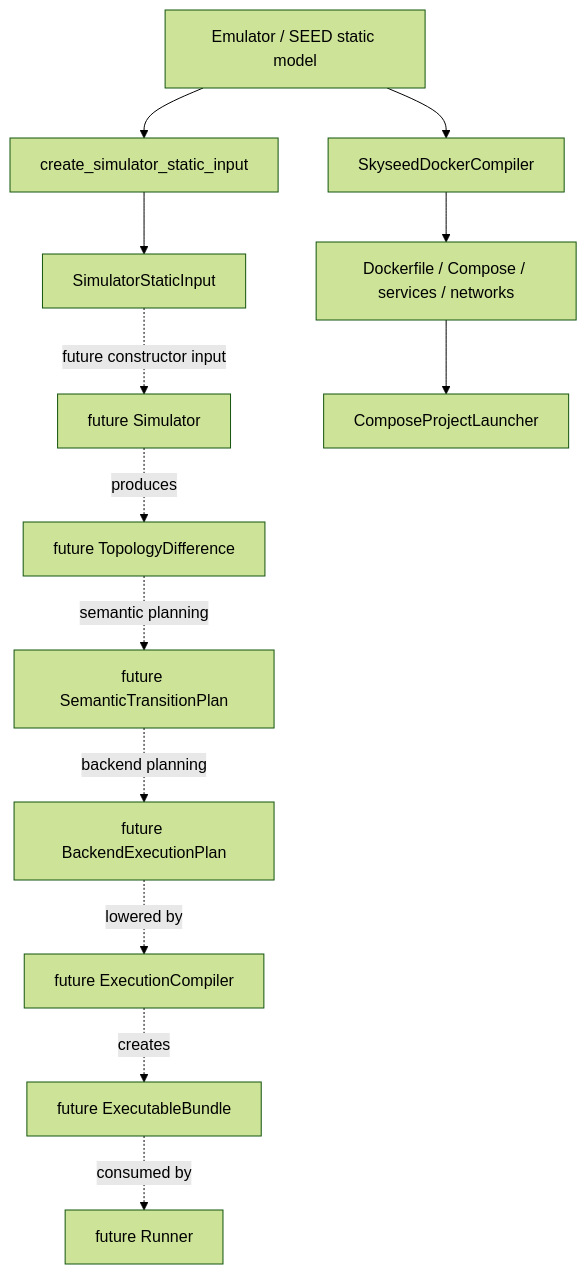
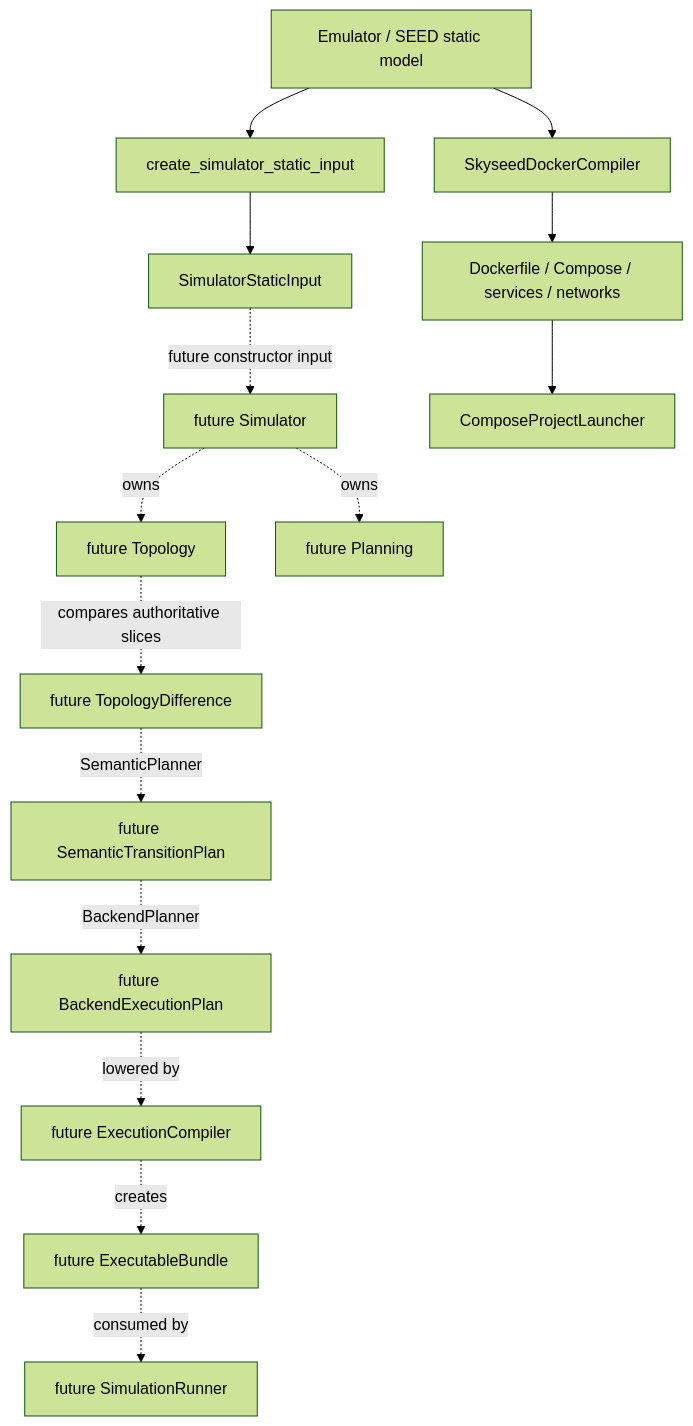
The seventh of 8 diagrams in skyseed_v2/docs/architecture/diagrams.md (seed-labs/skyseed), drawn with Mermaid (forest theme) before and after one commit. The commit also changed other lines of this file and 9 other files, not shown here.

````diff
--- a/skyseed_v2/docs/architecture/diagrams.md
+++ b/skyseed_v2/docs/architecture/diagrams.md
@@ -171,17 +176,19 @@
 ```mermaid
 flowchart TD
     E[Emulator / SEED static model]
     E --> ADAPT[create_simulator_static_input]
     ADAPT --> INPUT[SimulatorStaticInput]
     INPUT -. future constructor input .-> SIM[future Simulator]
-    SIM -. produces .-> DIFF[future TopologyDifference]
-    DIFF -. semantic planning .-> SEM[future SemanticTransitionPlan]
-    SEM -. backend planning .-> BACK[future BackendExecutionPlan]
+    SIM -. owns .-> TOP[future Topology]
+    SIM -. owns .-> PLAN[future Planning]
+    TOP -. compares authoritative slices .-> DIFF[future TopologyDifference]
+    DIFF -. SemanticPlanner .-> SEM[future SemanticTransitionPlan]
+    SEM -. BackendPlanner .-> BACK[future BackendExecutionPlan]
     BACK -. lowered by .-> EXEC[future ExecutionCompiler]
     EXEC -. creates .-> BUNDLE[future ExecutableBundle]
-    BUNDLE -. consumed by .-> RUN[future Runner]
+    BUNDLE -. consumed by .-> RUN[future SimulationRunner]
 
     E --> DOCKER[SkyseedDockerCompiler]
     DOCKER --> DEPLOY[Dockerfile / Compose / services / networks]
     DEPLOY --> LAUNCH[ComposeProjectLauncher]
 ```
````
